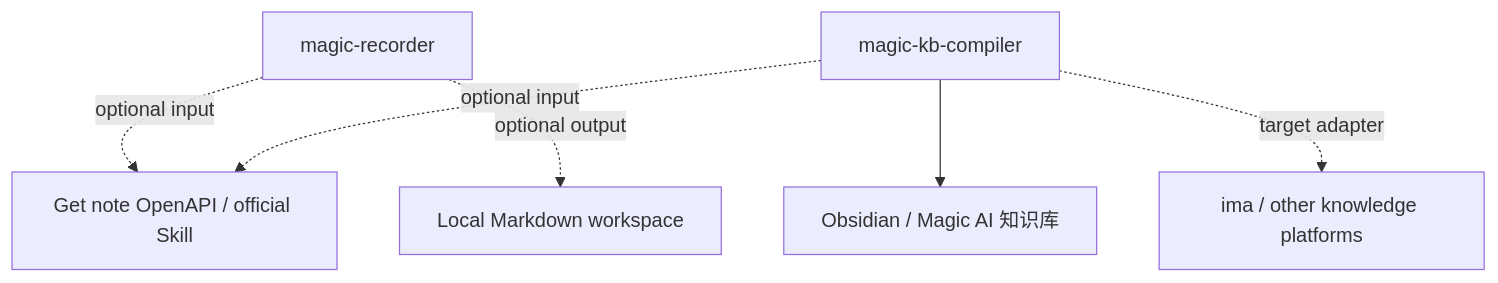
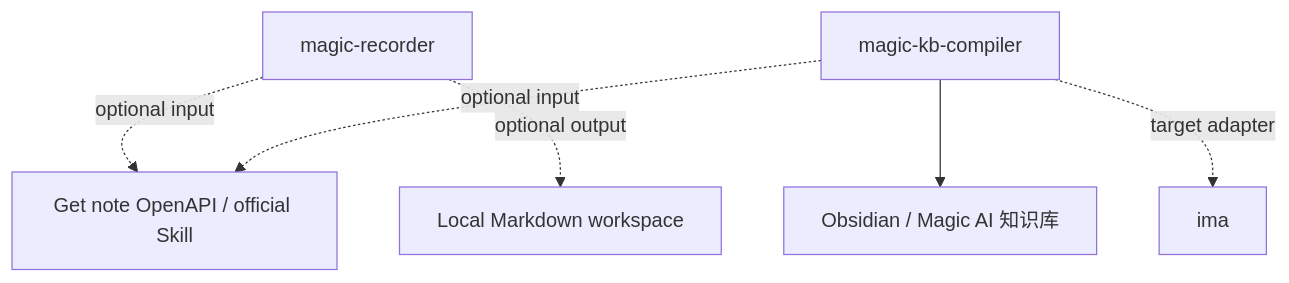
Before and after one commit to cyanskye/magic-ai-skills: the diagram in registry/dependencies.md, drawn with Mermaid. The commit also changed other lines of this file and 12 other files, not shown here.

````diff
--- a/registry/dependencies.md
+++ b/registry/dependencies.md
@@ -22,15 +32,15 @@
 ```mermaid
 flowchart TD
   recorder[magic-recorder]
   compiler[magic-kb-compiler]
   getnote[Get note OpenAPI / official Skill]
   obsidian[Obsidian / Magic AI 知识库]
-  ima[ima / other knowledge platforms]
+  ima[ima]
   markdown[Local Markdown workspace]
 
   recorder -. optional input .-> getnote
   recorder -. optional output .-> markdown
   compiler -. optional input .-> getnote
   compiler --> obsidian
   compiler -. target adapter .-> ima
 ```
````
